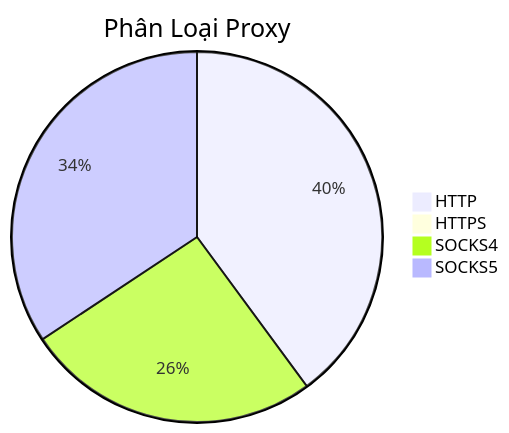
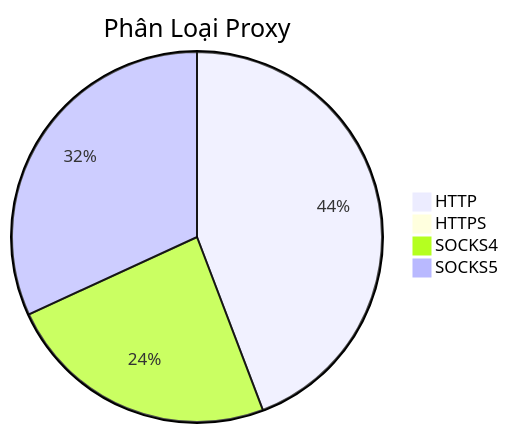
Before and after one commit to Ciara-12/PROXY-free: the diagram in README.md, drawn with Mermaid. The commit also changed other lines of this file and 3 other files, not shown here.

````diff
--- a/README.md
+++ b/README.md
@@ -26,7 +26,7 @@
 ```mermaid
 pie title Phân Loại Proxy
-    "HTTP" : 735
+    "HTTP" : 802
     "HTTPS" : 2
-    "SOCKS4" : 475
-    "SOCKS5" : 632
+    "SOCKS4" : 434
+    "SOCKS5" : 578
 ```
````
